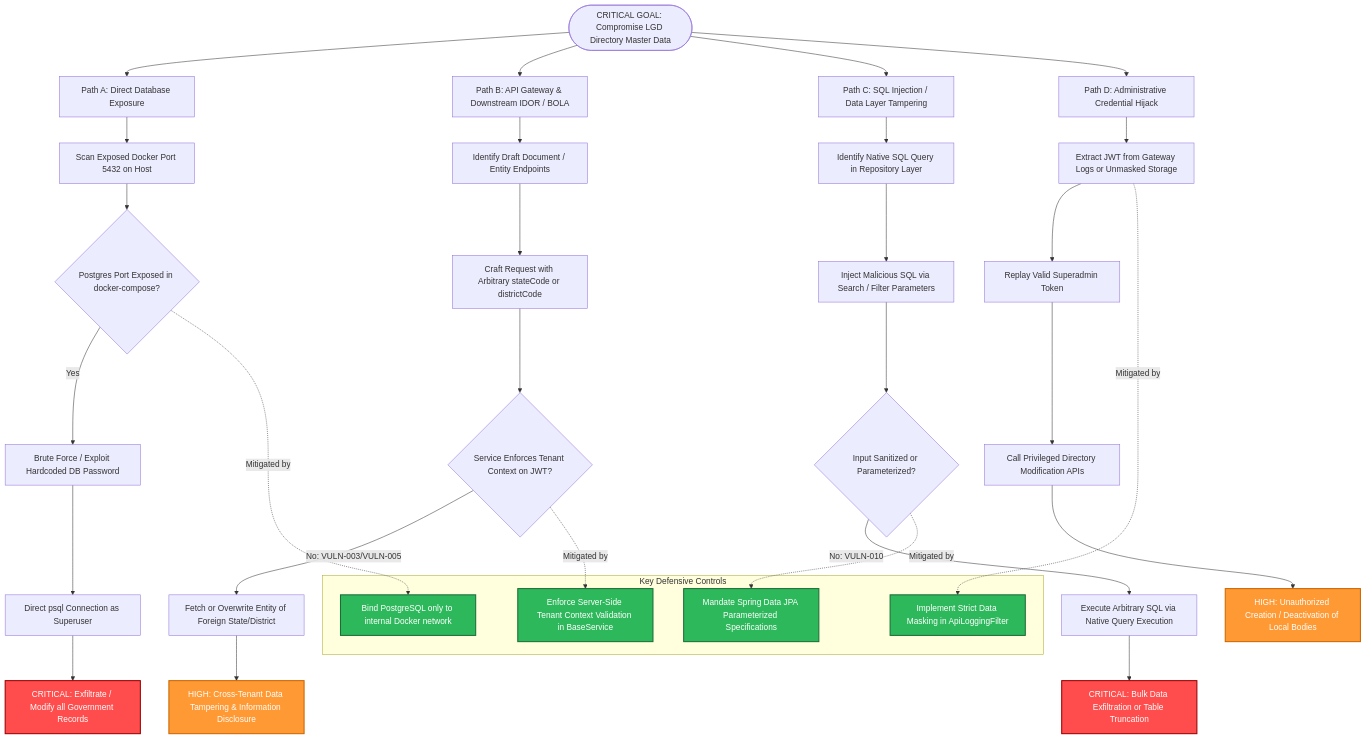
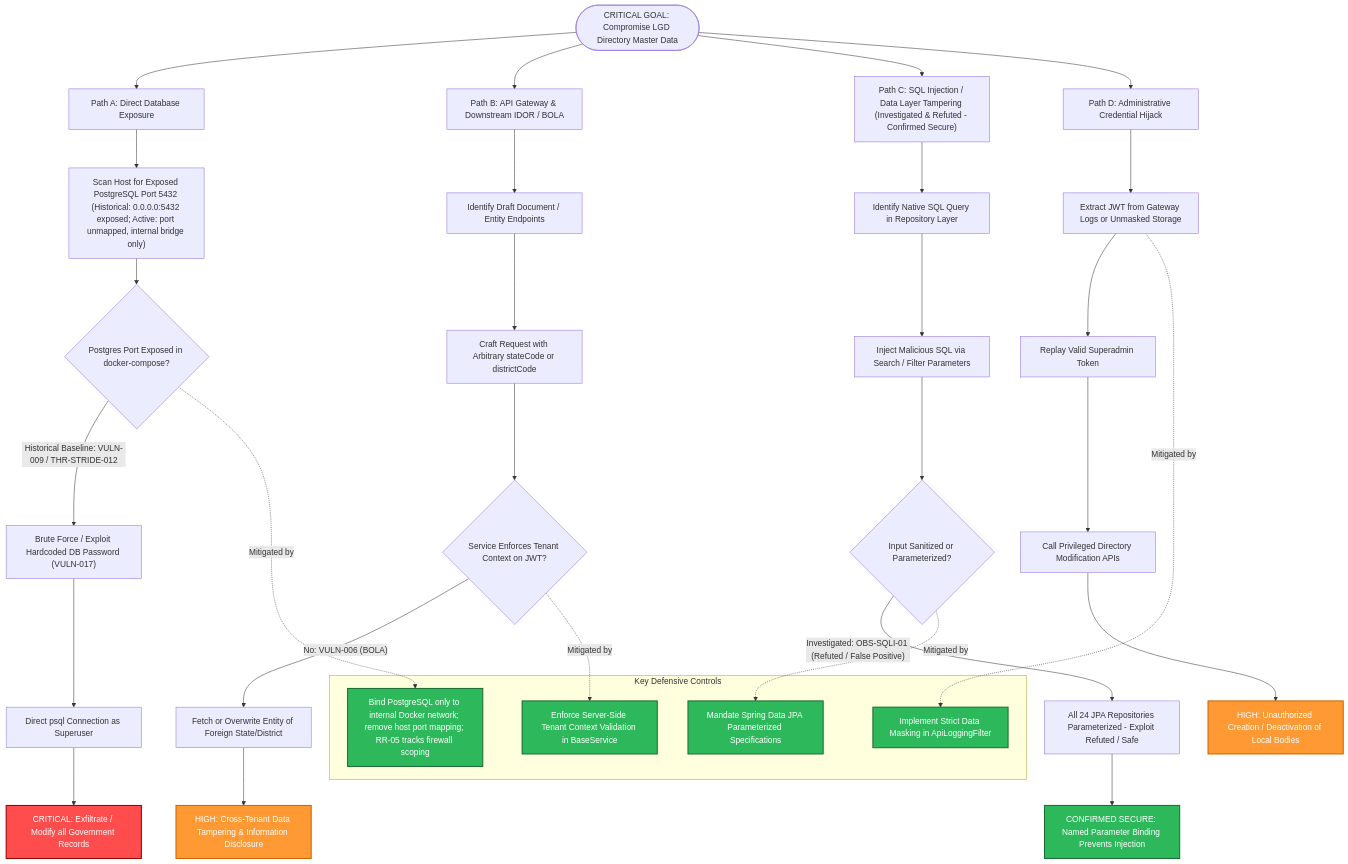
Before and after one commit to maneesh-javadev/lgd-active-new: the first of 6 diagrams in Attack_Tree_Diagrams.md, drawn with Mermaid. The commit also changed other lines of this file and 411 other files, not shown here.

````diff
--- a/Attack_Tree_Diagrams.md
+++ b/Attack_Tree_Diagrams.md
@@ -17,58 +17,58 @@
 ```mermaid
 flowchart TD
     ROOT([CRITICAL GOAL: Compromise LGD Directory Master Data])
 
     %% Main Branches
     ROOT --> B1[Path A: Direct Database Exposure]
     ROOT --> B2[Path B: API Gateway & Downstream IDOR / BOLA]
-    ROOT --> B3[Path C: SQL Injection / Data Layer Tampering]
+    ROOT --> B3["Path C: SQL Injection / Data Layer Tampering (Investigated & Refuted - Confirmed Secure)"]
     ROOT --> B4[Path D: Administrative Credential Hijack]
 
-    %% Branch A
-    B1 --> A1[Scan Exposed Docker Port 5432 on Host]
+    %% Branch A (Historical Threat Scenario - Mitigated in Active Deployment)
+    B1 --> A1["Scan Host for Exposed PostgreSQL Port 5432 (Historical: 0.0.0.0:5432 exposed; Active: port unmapped, internal bridge only)"]
     A1 --> A2{Postgres Port Exposed in docker-compose?}
-    A2 -- Yes --> A3[Brute Force / Exploit Hardcoded DB Password]
+    A2 -- "Historical Baseline: VULN-009 / THR-STRIDE-012" --> A3["Brute Force / Exploit Hardcoded DB Password (VULN-017)"]
     A3 --> A4[Direct psql Connection as Superuser]
     A4 --> IMPACT1[CRITICAL: Exfiltrate / Modify all Government Records]
 
     %% Branch B
     B2 --> C1[Identify Draft Document / Entity Endpoints]
     C1 --> C2[Craft Request with Arbitrary stateCode or districtCode]
     C2 --> C3{Service Enforces Tenant Context on JWT?}
-    C3 -- No: VULN-003/VULN-005 --> C4[Fetch or Overwrite Entity of Foreign State/District]
+    C3 -- No: VULN-006 (BOLA) --> C4[Fetch or Overwrite Entity of Foreign State/District]
     C4 --> IMPACT2[HIGH: Cross-Tenant Data Tampering & Information Disclosure]
 
-    %% Branch C
+    %% Branch C (Historical Hypothesis Refuted - Confirmed Secure)
     B3 --> D1[Identify Native SQL Query in Repository Layer]
     D1 --> D2[Inject Malicious SQL via Search / Filter Parameters]
     D2 --> D3{Input Sanitized or Parameterized?}
-    D3 -- No: VULN-010 --> D4[Execute Arbitrary SQL via Native Query Execution]
-    D4 --> IMPACT3[CRITICAL: Bulk Data Exfiltration or Table Truncation]
+    D3 -- Investigated: OBS-SQLI-01 (Refuted / False Positive) --> D4[All 24 JPA Repositories Parameterized - Exploit Refuted / Safe]
+    D4 --> IMPACT3[CONFIRMED SECURE: Named Parameter Binding Prevents Injection]
 
     %% Branch D
     B4 --> E1[Extract JWT from Gateway Logs or Unmasked Storage]
     E1 --> E2[Replay Valid Superadmin Token]
     E2 --> E3[Call Privileged Directory Modification APIs]
     E3 --> IMPACT4[HIGH: Unauthorized Creation / Deactivation of Local Bodies]
 
     %% Defensive Controls
     subgraph Defenses [Key Defensive Controls]
-        DEF1[Bind PostgreSQL only to internal Docker network]
+        DEF1[Bind PostgreSQL only to internal Docker network; remove host port mapping; RR-05 tracks firewall scoping]
         DEF2[Enforce Server-Side Tenant Context Validation in BaseService]
         DEF3[Mandate Spring Data JPA Parameterized Specifications]
         DEF4[Implement Strict Data Masking in ApiLoggingFilter]
     end
 
     A2 -.->|Mitigated by| DEF1
     C3 -.->|Mitigated by| DEF2
     D3 -.->|Mitigated by| DEF3
     E1 -.->|Mitigated by| DEF4
 
     classDef critical fill:#ff4d4d,stroke:#990000,stroke-width:2px,color:#fff;
     classDef high fill:#ff9933,stroke:#cc6600,stroke-width:2px,color:#fff;
     classDef defense fill:#2eb85c,stroke:#1b6d36,stroke-width:2px,color:#fff;
 
-    class IMPACT1,IMPACT3 critical;
+    class IMPACT1 critical;
     class IMPACT2,IMPACT4 high;
-    class DEF1,DEF2,DEF3,DEF4 defense;
+    class IMPACT3,DEF1,DEF2,DEF3,DEF4 defense;
 ```
````
